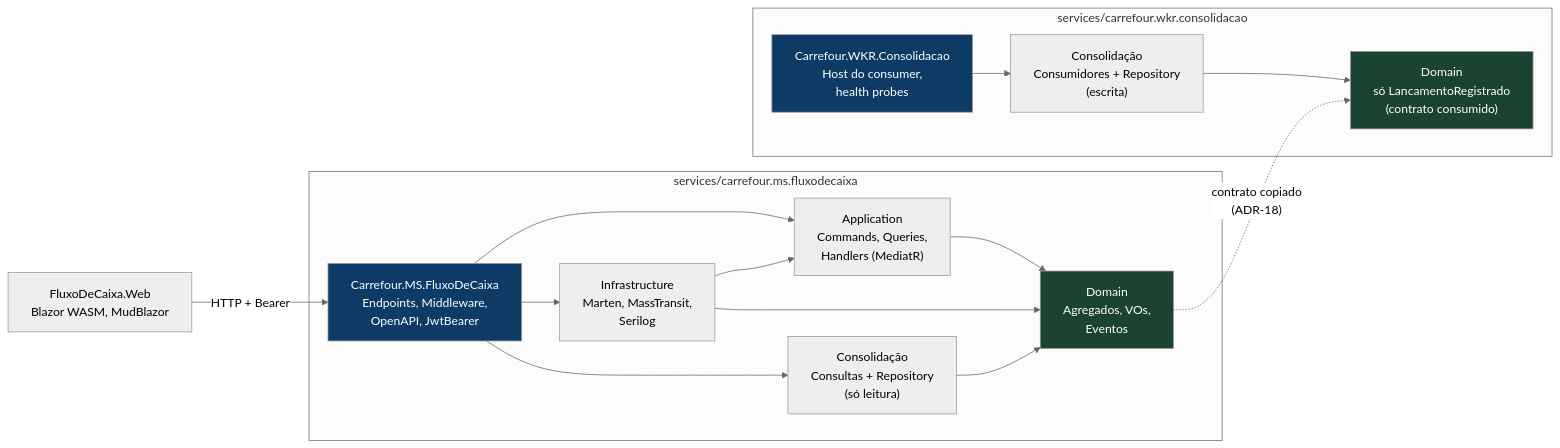
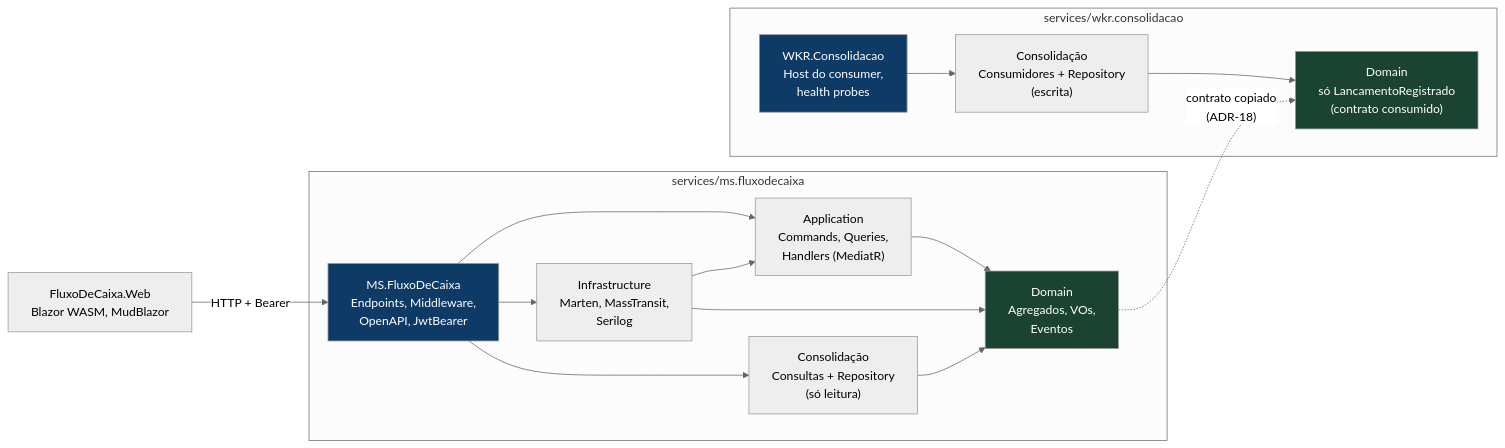
The third of 5 diagrams in ARCHITECTURE.md (cassio4ntunes-sudo/desafio_arquitetura_solucoes), drawn with Mermaid (neutral theme) before and after one commit. The commit also changed other lines of this file and 116 other files, not shown here.

````diff
--- a/ARCHITECTURE.md
+++ b/ARCHITECTURE.md
@@ -77,38 +77,38 @@
 ```mermaid
 graph LR
     Web["FluxoDeCaixa.Web<br/>Blazor WASM, MudBlazor"]
 
-    subgraph MSTree["services/carrefour.ms.fluxodecaixa"]
-        MS["Carrefour.MS.FluxoDeCaixa<br/>Endpoints, Middleware,<br/>OpenAPI, JwtBearer"]
+    subgraph MSTree["services/ms.fluxodecaixa"]
+        MS["MS.FluxoDeCaixa<br/>Endpoints, Middleware,<br/>OpenAPI, JwtBearer"]
         MSApp["Application<br/>Commands, Queries,<br/>Handlers (MediatR)"]
         MSInfra["Infrastructure<br/>Marten, MassTransit,<br/>Serilog"]
         MSCons["Consolidação<br/>Consultas + Repository<br/>(só leitura)"]
         MSDom["Domain<br/>Agregados, VOs,<br/>Eventos"]
     end
 
-    subgraph WKRTree["services/carrefour.wkr.consolidacao"]
-        WKR["Carrefour.WKR.Consolidacao<br/>Host do consumer,<br/>health probes"]
+    subgraph WKRTree["services/wkr.consolidacao"]
+        WKR["WKR.Consolidacao<br/>Host do consumer,<br/>health probes"]
         WKRCons["Consolidação<br/>Consumidores + Repository<br/>(escrita)"]
         WKRDom["Domain<br/>só LancamentoRegistrado<br/>(contrato consumido)"]
     end
 
     Web -->|"HTTP + Bearer"| MS
 
     MS --> MSApp
     MS --> MSInfra
     MS --> MSCons
     MSInfra --> MSApp
     MSInfra --> MSDom
     MSApp --> MSDom
     MSCons --> MSDom
 
     WKR --> WKRCons
     WKRCons --> WKRDom
 
     MSDom -. "contrato copiado<br/>(ADR-18)" .-> WKRDom
 
     style MS fill:#0d3b66,color:#fff
     style WKR fill:#0d3b66,color:#fff
     style MSDom fill:#1b4332,color:#fff
     style WKRDom fill:#1b4332,color:#fff
 ```
````
